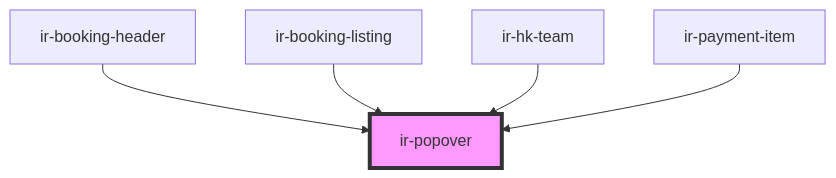
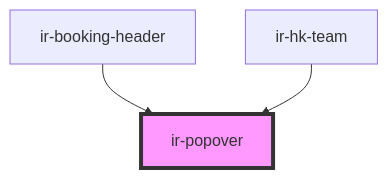
One commit to RonyRizk/ir-webcmp changed the diagram in src/components/ui/ir-popover/readme.md. Above: the diagram before and after it, drawn with Mermaid. The commit also changed other lines of this file and 433 other files, not shown here.

````diff
--- a/src/components/ui/ir-popover/readme.md
+++ b/src/components/ui/ir-popover/readme.md
@@ -29,8 +27,6 @@
 ```mermaid
 graph TD;
   ir-booking-header --> ir-popover
-  ir-booking-listing --> ir-popover
   ir-hk-team --> ir-popover
-  ir-payment-item --> ir-popover
   style ir-popover fill:#f9f,stroke:#333,stroke-width:4px
 ```
````
